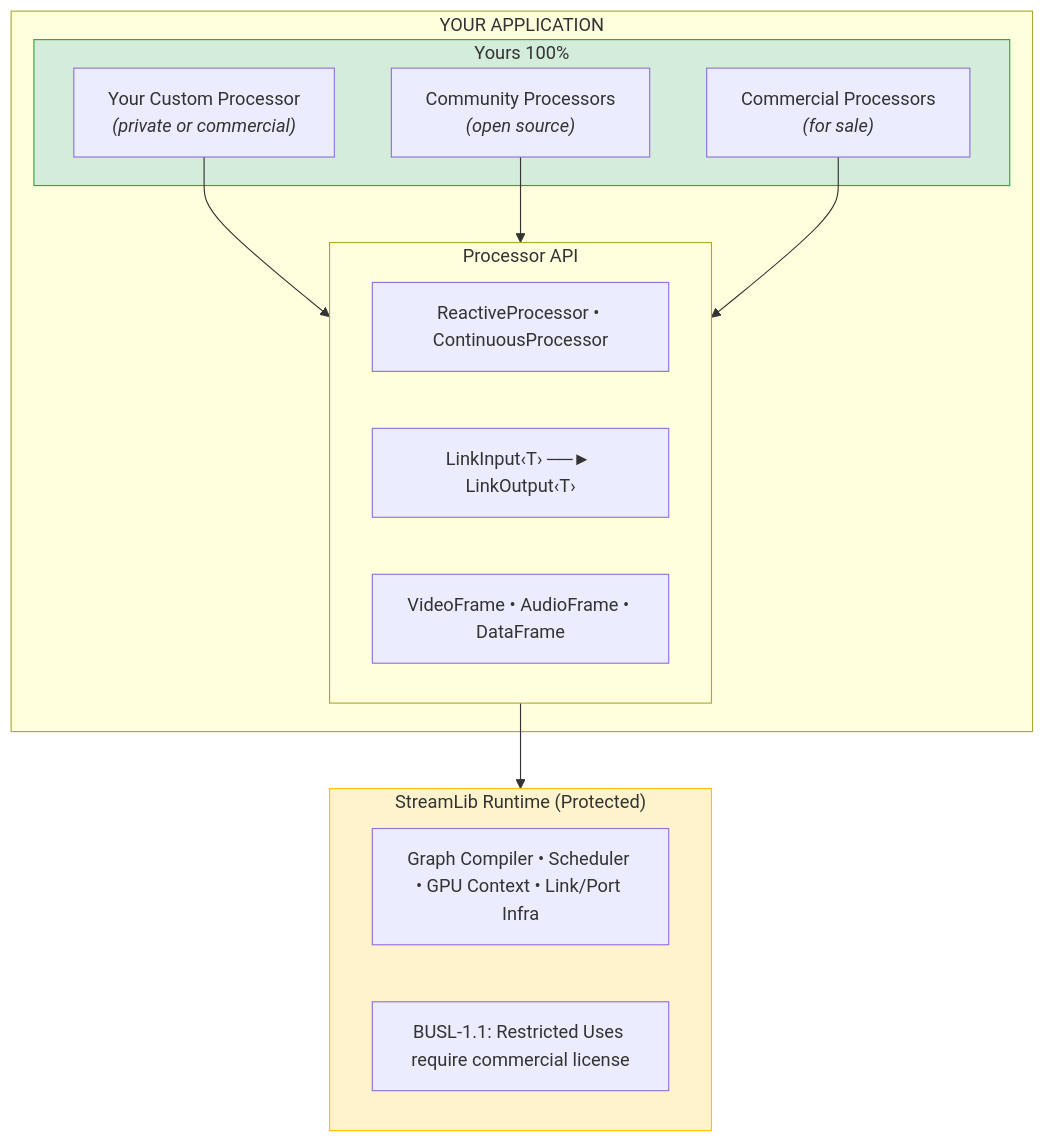
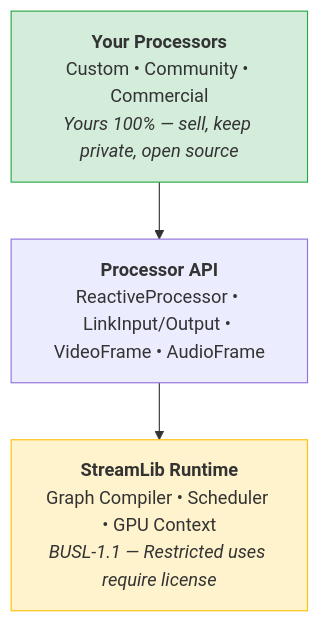
The diagram in README.md (tatolab/streamlib), drawn with Mermaid before and after one commit.

Commit message:
docs: Simplify architecture diagram for better readability (#101)
The previous Mermaid diagram with nested subgraphs rendered poorly on GitHub,
creating a fragmented vertical layout with too many boxes.

Simplified to just 3 clean stacked boxes showing the layer cake:
- Your Processors (green) - yours to keep, sell, or open source
- Processor API - the interface you build on
- Runtime (yellow) - protected under BUSL-1.1

This clearly communicates the open-core model at a glance.

🤖 Generated with [Claude Code](https://claude.com/claude-code)

````diff
--- a/README.md
+++ b/README.md
@@ -93,30 +93,11 @@
 ```mermaid
 flowchart TB
-    subgraph APP["YOUR APPLICATION"]
-        subgraph YOURS["Yours 100%"]
-            P1["Your Custom Processor<br/><i>(private or commercial)</i>"]
-            P2["Community Processors<br/><i>(open source)</i>"]
-            P3["Commercial Processors<br/><i>(for sale)</i>"]
-        end
+    YOURS["<b>Your Processors</b><br/>Custom • Community • Commercial<br/><i>Yours 100% — sell, keep private, open source</i>"]
+    API["<b>Processor API</b><br/>ReactiveProcessor • LinkInput/Output • VideoFrame • AudioFrame"]
+    RUNTIME["<b>StreamLib Runtime</b><br/>Graph Compiler • Scheduler • GPU Context<br/><i>BUSL-1.1 — Restricted uses require license</i>"]
 
-        subgraph API["Processor API"]
-            TRAITS["ReactiveProcessor • ContinuousProcessor"]
-            PORTS["LinkInput‹T› ──► LinkOutput‹T›"]
-            FRAMES["VideoFrame • AudioFrame • DataFrame"]
-        end
-
-        P1 --> API
-        P2 --> API
-        P3 --> API
-    end
-
-    subgraph RUNTIME["StreamLib Runtime (Protected)"]
-        CORE["Graph Compiler • Scheduler • GPU Context • Link/Port Infra"]
-        LICENSE["BUSL-1.1: Restricted Uses require commercial license"]
-    end
-
-    API --> RUNTIME
+    YOURS --> API --> RUNTIME
 
     style YOURS fill:#d4edda,stroke:#28a745
     style RUNTIME fill:#fff3cd,stroke:#ffc107
 ```
````
